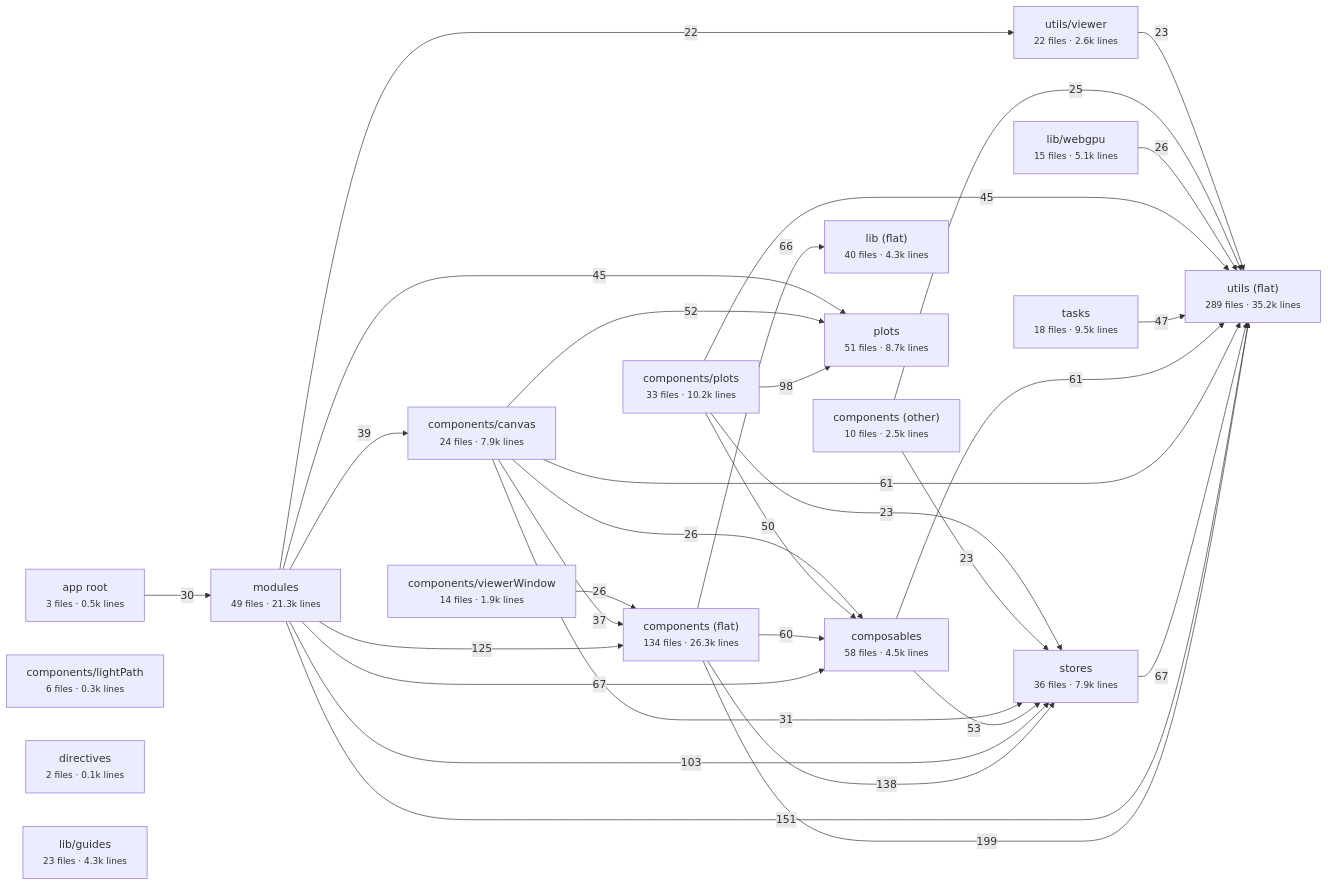
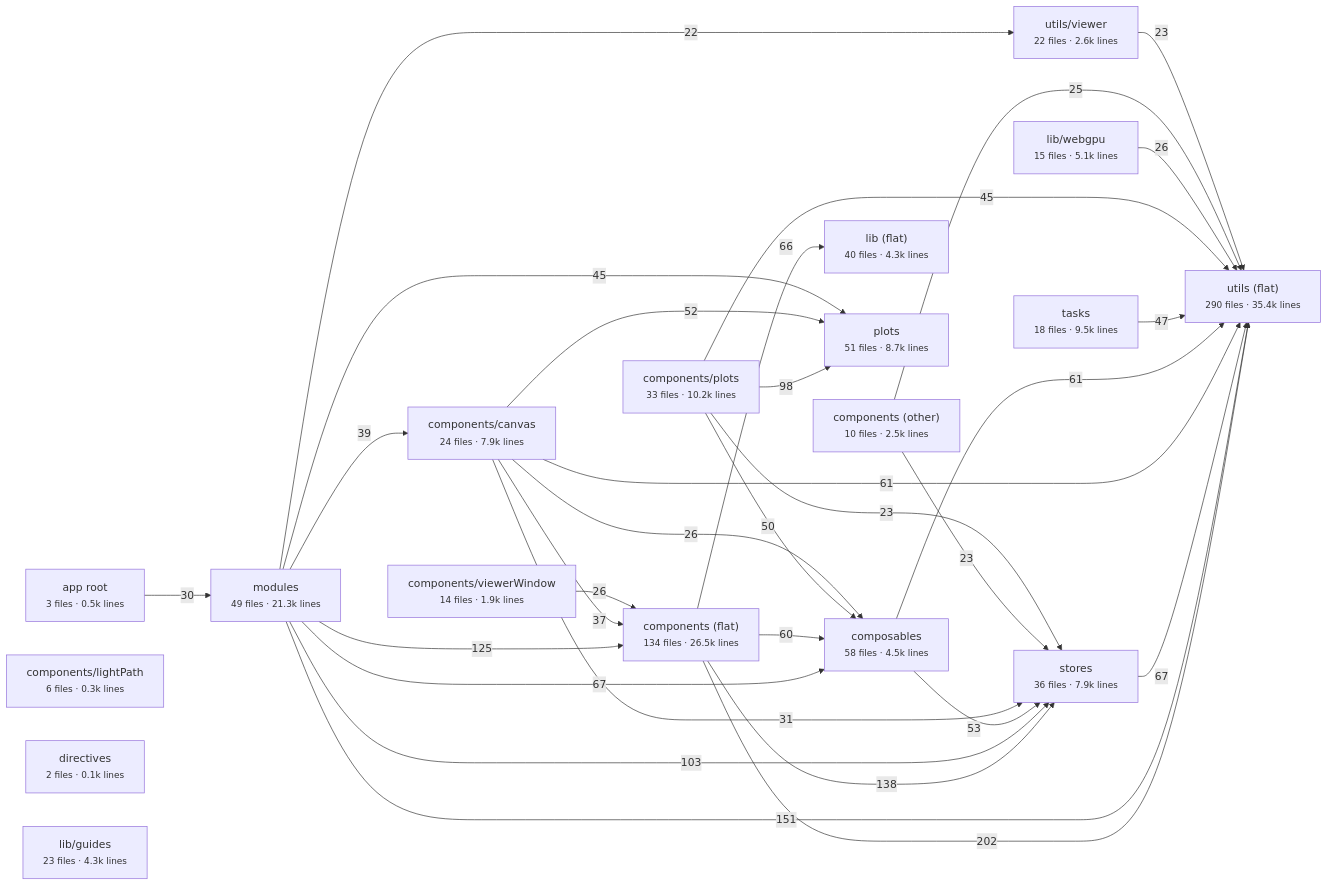
The diagram in docs/architecture/vue/layers.md (schienstockd/cecelia), drawn with Mermaid before and after one commit. The commit also changed other lines of this file and 23 other files, not shown here.

````diff
--- a/docs/architecture/vue/layers.md
+++ b/docs/architecture/vue/layers.md
@@ -10,51 +10,51 @@
 ```mermaid
 flowchart LR
   app_root["app root<br/><small>3 files · 0.5k lines</small>"]
-  components__flat_["components (flat)<br/><small>134 files · 26.3k lines</small>"]
+  components__flat_["components (flat)<br/><small>134 files · 26.5k lines</small>"]
   components__other_["components (other)<br/><small>10 files · 2.5k lines</small>"]
   components_canvas["components/canvas<br/><small>24 files · 7.9k lines</small>"]
   components_lightPath["components/lightPath<br/><small>6 files · 0.3k lines</small>"]
   components_plots["components/plots<br/><small>33 files · 10.2k lines</small>"]
   components_viewerWindow["components/viewerWindow<br/><small>14 files · 1.9k lines</small>"]
   composables["composables<br/><small>58 files · 4.5k lines</small>"]
   directives["directives<br/><small>2 files · 0.1k lines</small>"]
   lib__flat_["lib (flat)<br/><small>40 files · 4.3k lines</small>"]
   lib_guides["lib/guides<br/><small>23 files · 4.3k lines</small>"]
   lib_webgpu["lib/webgpu<br/><small>15 files · 5.1k lines</small>"]
   modules["modules<br/><small>49 files · 21.3k lines</small>"]
   plots["plots<br/><small>51 files · 8.7k lines</small>"]
   stores["stores<br/><small>36 files · 7.9k lines</small>"]
   tasks["tasks<br/><small>18 files · 9.5k lines</small>"]
-  utils__flat_["utils (flat)<br/><small>289 files · 35.2k lines</small>"]
+  utils__flat_["utils (flat)<br/><small>290 files · 35.4k lines</small>"]
   utils_viewer["utils/viewer<br/><small>22 files · 2.6k lines</small>"]
-  components__flat_ -->|199| utils__flat_
+  components__flat_ -->|202| utils__flat_
   modules -->|151| utils__flat_
   components__flat_ -->|138| stores
   modules -->|125| components__flat_
   modules -->|103| stores
   components_plots -->|98| plots
   modules -->|67| composables
   stores -->|67| utils__flat_
   components__flat_ -->|66| lib__flat_
   components_canvas -->|61| utils__flat_
   composables -->|61| utils__flat_
   components__flat_ -->|60| composables
   composables -->|53| stores
   components_canvas -->|52| plots
   components_plots -->|50| composables
   tasks -->|47| utils__flat_
   components_plots -->|45| utils__flat_
   modules -->|45| plots
   modules -->|39| components_canvas
   components_canvas -->|37| components__flat_
   components_canvas -->|31| stores
   app_root -->|30| modules
   components_canvas -->|26| composables
   components_viewerWindow -->|26| components__flat_
   lib_webgpu -->|26| utils__flat_
   components__other_ -->|25| utils__flat_
   components__other_ -->|23| stores
   components_plots -->|23| stores
   utils_viewer -->|23| utils__flat_
   modules -->|22| utils_viewer
 ```
````
